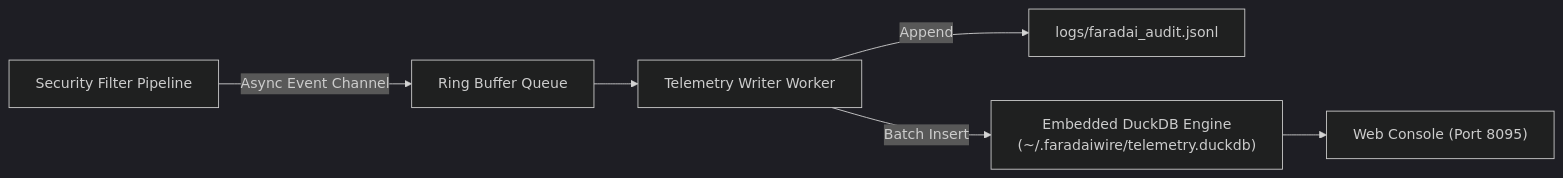
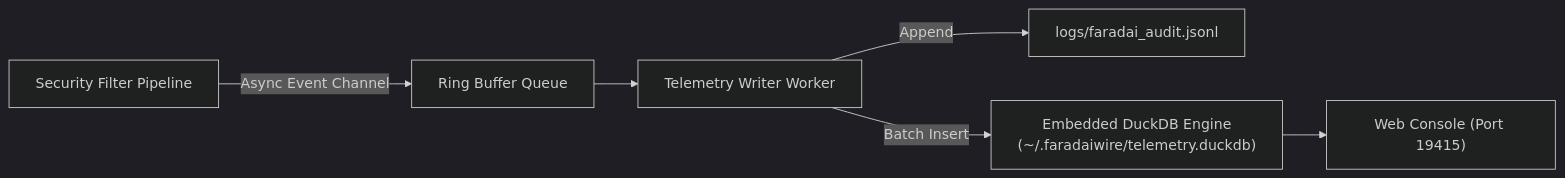
Before and after one commit to FaradAiLab/FaradAiWire: the diagram in docs/06-api-reference/telemetry.md, drawn with Mermaid (dark theme). The commit also changed 72 other files, not shown here.

````diff
--- a/docs/06-api-reference/telemetry.md
+++ b/docs/06-api-reference/telemetry.md
@@ -18,8 +18,8 @@
 ```mermaid
 graph LR
     Pipeline["Security Filter Pipeline"] -->|"Async Event Channel"| Queue["Ring Buffer Queue"]
     Queue --> Worker["Telemetry Writer Worker"]
     Worker -->|"Append"| JSONL["logs/faradai_audit.jsonl"]
     Worker -->|"Batch Insert"| DuckDB["Embedded DuckDB Engine\n(~/.faradaiwire/telemetry.duckdb)"]
-    DuckDB --> Dashboard["Web Console (Port 8095)"]
+    DuckDB --> Dashboard["Web Console (Port 19415)"]
 ```
````
